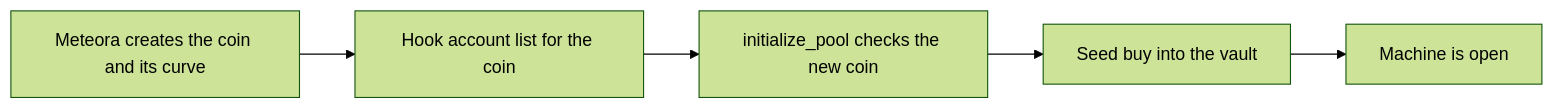
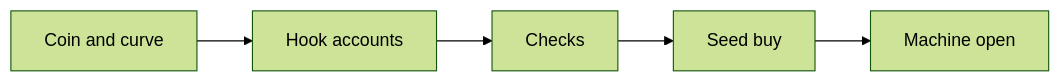
One commit to gabox-labs/docs changed the diagram in launch-a-machine.mdx. Above: the diagram before and after it, drawn with Mermaid (forest theme). The commit also changed 20 other files, not shown here.

First line of the commit message:
Fix dollar rendering, simplify diagrams, and trim security detail

````diff
--- a/launch-a-machine.mdx
+++ b/launch-a-machine.mdx
@@ -19,7 +19,7 @@
 ```mermaid
 flowchart LR
- A[Meteora creates the coin and its curve] --> B[Hook account list for the coin]
- B --> C[initialize_pool checks the new coin]
- C --> D[Seed buy into the vault]
- D --> E[Machine is open]
+ A[Coin and curve] --> B[Hook accounts]
+ B --> C[Checks]
+ C --> D[Seed buy]
+ D --> E[Machine open]
 ```
````
